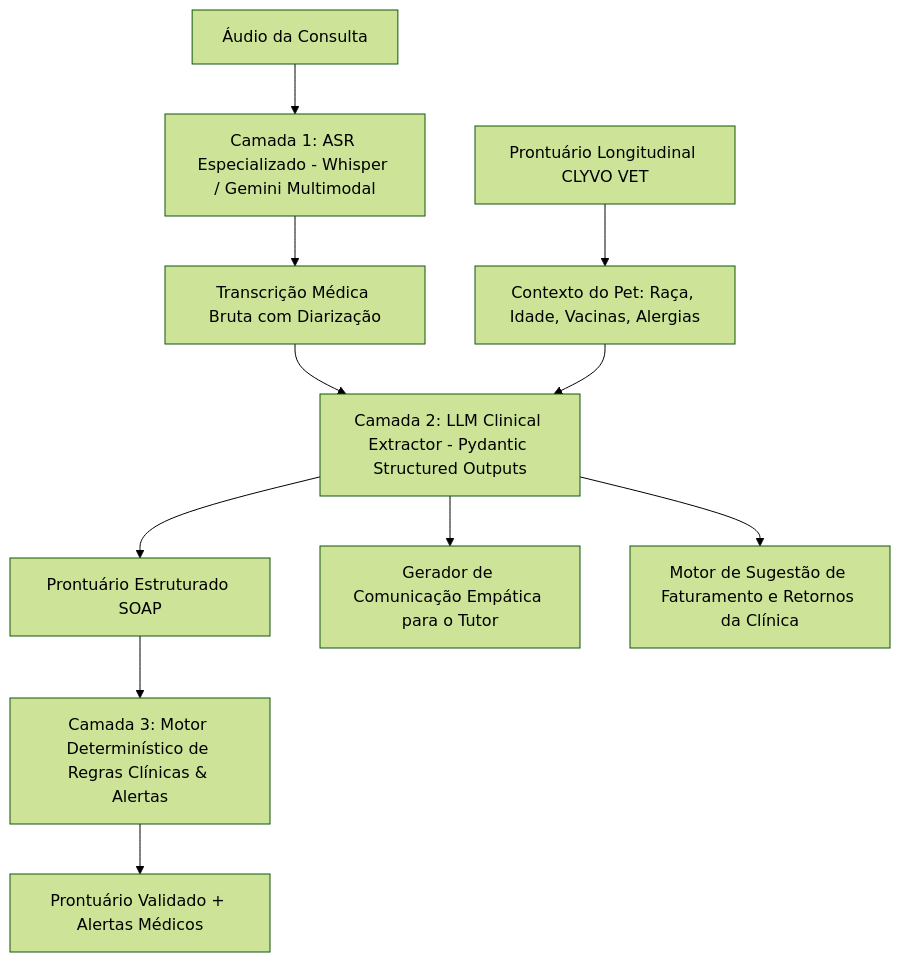
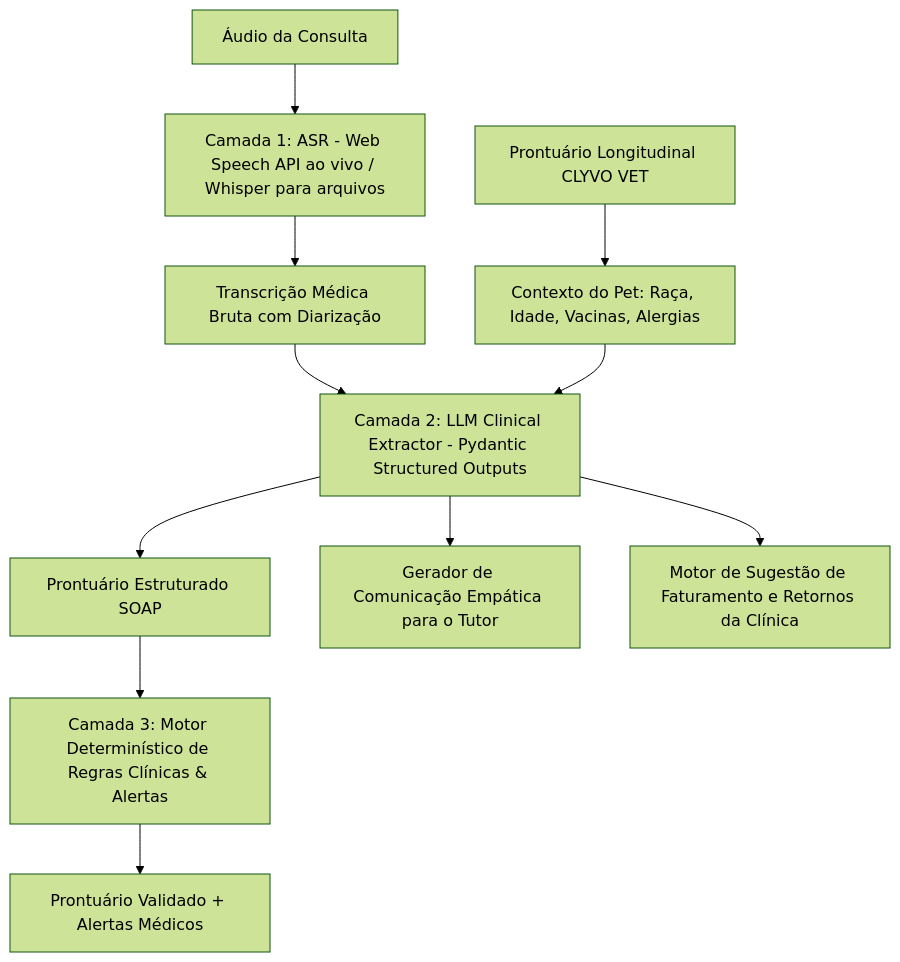
One commit to MCGI-PW/IoT-Clyvo-Vet_M changed the diagram in docs/AI_SPECIFICATION.md. Above: the diagram before and after it, drawn with Mermaid (forest theme). The commit also changed other lines of this file and 20 other files, not shown here.

````diff
--- a/docs/AI_SPECIFICATION.md
+++ b/docs/AI_SPECIFICATION.md
@@ -62,13 +62,13 @@
 ```mermaid
 graph TD
-    A[Áudio da Consulta] --> B[Camada 1: ASR Especializado - Whisper / Gemini Multimodal]
+    A[Áudio da Consulta] --> B[Camada 1: ASR - Web Speech API ao vivo / Whisper para arquivos]
     B --> C[Transcrição Médica Bruta com Diarização]
     C --> D[Camada 2: LLM Clinical Extractor - Pydantic Structured Outputs]
     E[Prontuário Longitudinal CLYVO VET] --> F[Contexto do Pet: Raça, Idade, Vacinas, Alergias]
     F --> D
     D --> G[Prontuário Estruturado SOAP]
     G --> H[Camada 3: Motor Determinístico de Regras Clínicas & Alertas]
     H --> I[Prontuário Validado + Alertas Médicos]
     D --> J[Gerador de Comunicação Empática para o Tutor]
     D --> K[Motor de Sugestão de Faturamento e Retornos da Clínica]
 ```
````
